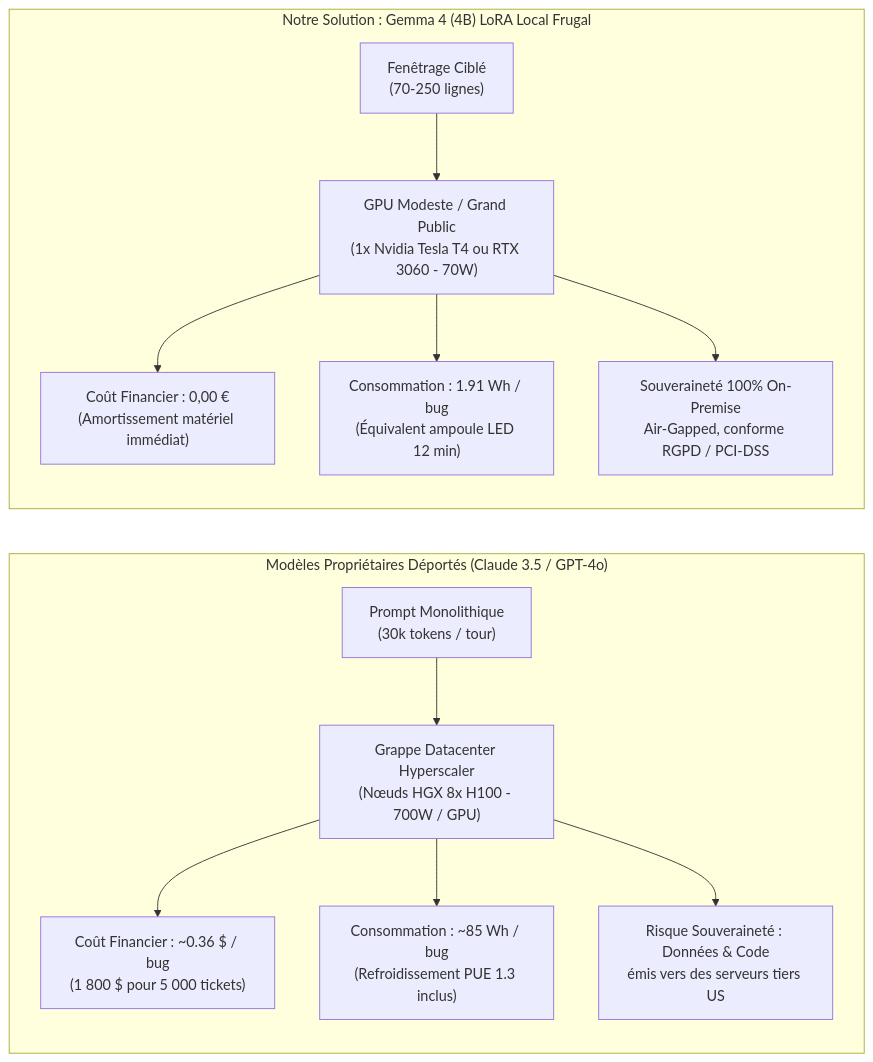
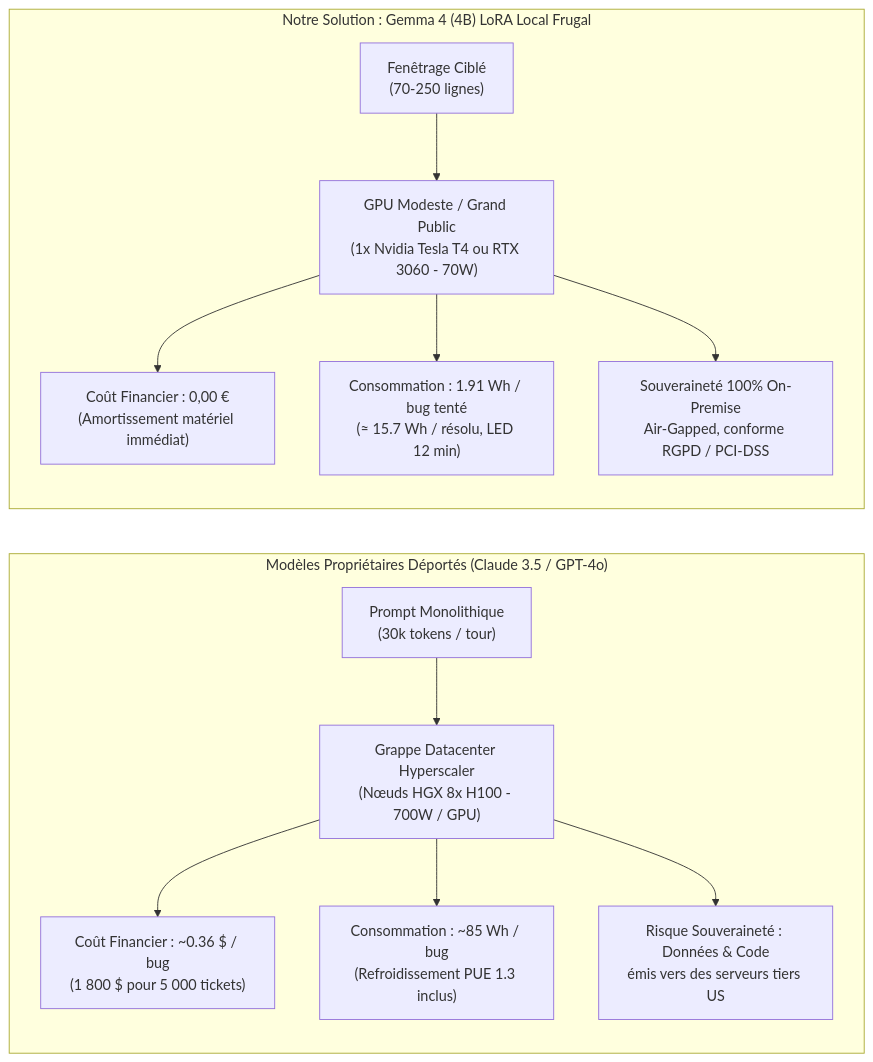
Before and after one commit to ba-rem26007/gemma4-legacy-replay: the seventh of 8 diagrams in docs/GLOSSAIRE_LLM_ET_FINETUNING.md, drawn with Mermaid. The commit also changed other lines of this file and 1 other file, not shown here.

Commit message:
fix: harmonize energy chart, test count, and glossaire definitions with audit rules

````diff
--- a/docs/GLOSSAIRE_LLM_ET_FINETUNING.md
+++ b/docs/GLOSSAIRE_LLM_ET_FINETUNING.md
@@ -224,16 +224,16 @@
 ```mermaid
 flowchart LR
     subgraph Cloud ["Modèles Propriétaires Déportés (Claude 3.5 / GPT-4o)"]
         Req1["Prompt Monolithique<br>(30k tokens / tour)"] --> Cluster["Grappe Datacenter Hyperscaler<br>(Nœuds HGX 8x H100 - 700W / GPU)"]
         Cluster --> Cost["Coût Financier : ~0.36 $ / bug<br>(1 800 $ pour 5 000 tickets)"]
         Cluster --> Carbon["Consommation : ~85 Wh / bug<br>(Refroidissement PUE 1.3 inclus)"]
         Cluster --> Risk["Risque Souveraineté : Données & Code<br>émis vers des serveurs tiers US"]
     end
 
     subgraph Edge ["Notre Solution : Gemma 4 (4B) LoRA Local Frugal"]
         Req2["Fenêtrage Ciblé<br>(70-250 lignes)"] --> GPU2["GPU Modeste / Grand Public<br>(1x Nvidia Tesla T4 ou RTX 3060 - 70W)"]
         GPU2 --> Cost2["Coût Financier : 0,00 €<br>(Amortissement matériel immédiat)"]
-        GPU2 --> Carbon2["Consommation : 1.91 Wh / bug<br>(Équivalent ampoule LED 12 min)"]
+        GPU2 --> Carbon2["Consommation : 1.91 Wh / bug tenté<br>(≈ 15.7 Wh / résolu, LED 12 min)"]
         GPU2 --> Risk2["Souveraineté 100% On-Premise<br>Air-Gapped, conforme RGPD / PCI-DSS"]
     end
 ```
````
